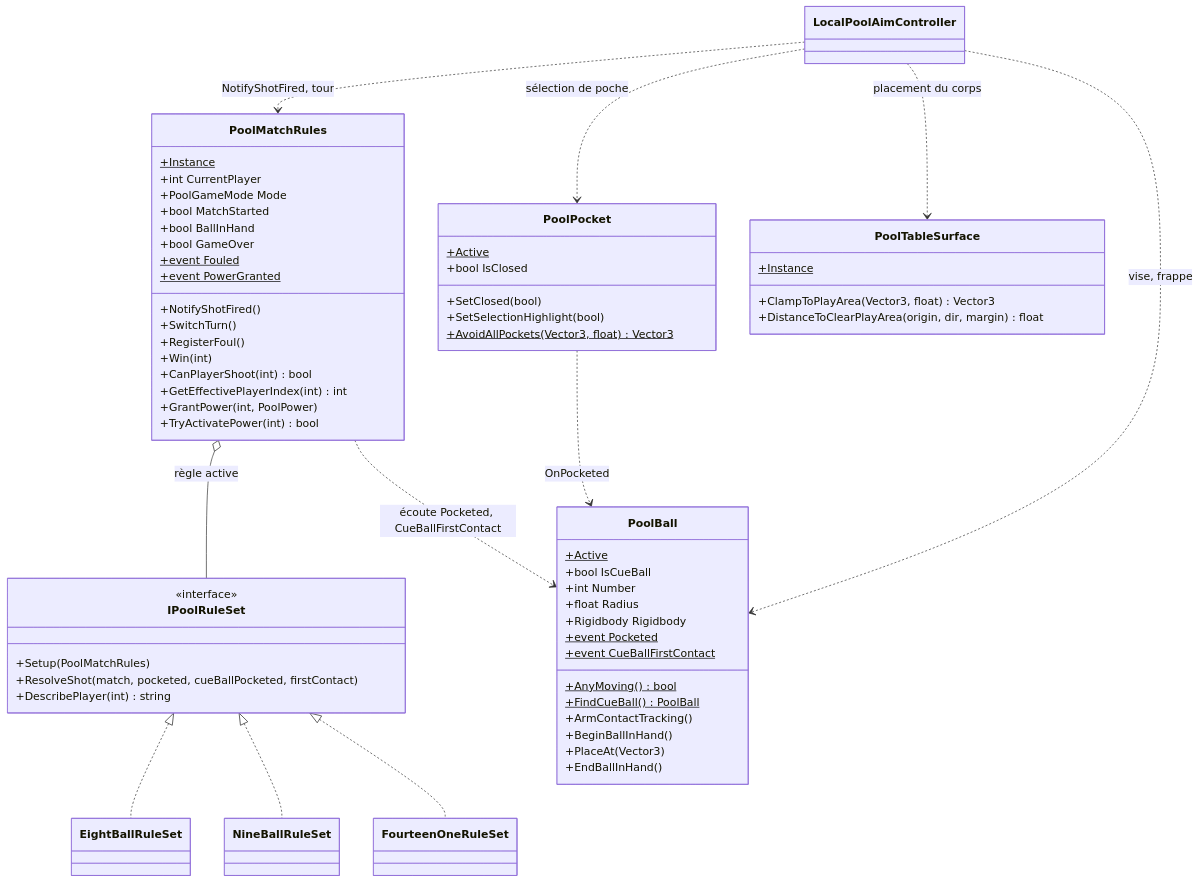
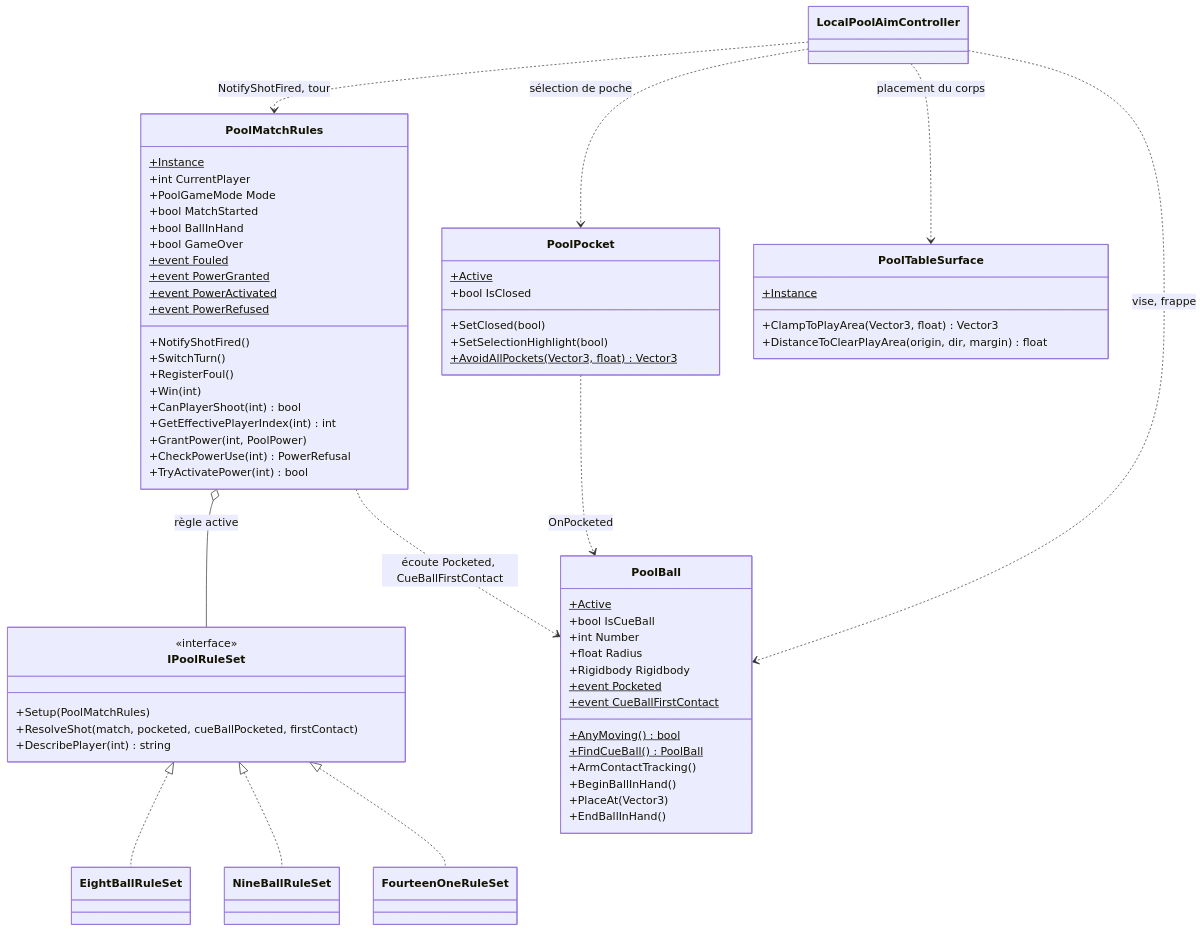
The third of 4 diagrams in docs/content/tech/architecture.md (FlackyBoy/UntitledPoolgame), drawn with Mermaid before and after one commit. The commit also changed other lines of this file and 15 other files, not shown here.

````diff
--- a/docs/content/tech/architecture.md
+++ b/docs/content/tech/architecture.md
@@ -241,70 +247,73 @@
 ```mermaid
 classDiagram
   direction TB
   class PoolMatchRules {
     +Instance$
     +int CurrentPlayer
     +PoolGameMode Mode
     +bool MatchStarted
     +bool BallInHand
     +bool GameOver
     +NotifyShotFired()
     +SwitchTurn()
     +RegisterFoul()
     +Win(int)
     +CanPlayerShoot(int) bool
     +GetEffectivePlayerIndex(int) int
     +GrantPower(int, PoolPower)
+    +CheckPowerUse(int) PowerRefusal
     +TryActivatePower(int) bool
     +event Fouled$
     +event PowerGranted$
+    +event PowerActivated$
+    +event PowerRefused$
   }
   class IPoolRuleSet {
     <<interface>>
     +Setup(PoolMatchRules)
     +ResolveShot(match, pocketed, cueBallPocketed, firstContact)
     +DescribePlayer(int) string
   }
   class EightBallRuleSet
   class NineBallRuleSet
   class FourteenOneRuleSet
   class PoolBall {
     +Active$
     +bool IsCueBall
     +int Number
     +float Radius
     +Rigidbody Rigidbody
     +AnyMoving()$ bool
     +FindCueBall()$ PoolBall
     +ArmContactTracking()
     +BeginBallInHand()
     +PlaceAt(Vector3)
     +EndBallInHand()
     +event Pocketed$
     +event CueBallFirstContact$
   }
   class PoolPocket {
     +Active$
     +bool IsClosed
     +SetClosed(bool)
     +SetSelectionHighlight(bool)
     +AvoidAllPockets(Vector3, float)$ Vector3
   }
   class PoolTableSurface {
     +Instance$
     +ClampToPlayArea(Vector3, float) Vector3
     +DistanceToClearPlayArea(origin, dir, margin) float
   }
   class LocalPoolAimController
 
   IPoolRuleSet <|.. EightBallRuleSet
   IPoolRuleSet <|.. NineBallRuleSet
   IPoolRuleSet <|.. FourteenOneRuleSet
   PoolMatchRules o-- IPoolRuleSet : règle active
   PoolMatchRules ..> PoolBall : écoute Pocketed, CueBallFirstContact
   PoolPocket ..> PoolBall : OnPocketed
   LocalPoolAimController ..> PoolBall : vise, frappe
   LocalPoolAimController ..> PoolMatchRules : NotifyShotFired, tour
   LocalPoolAimController ..> PoolTableSurface : placement du corps
   LocalPoolAimController ..> PoolPocket : sélection de poche
 ```
````
